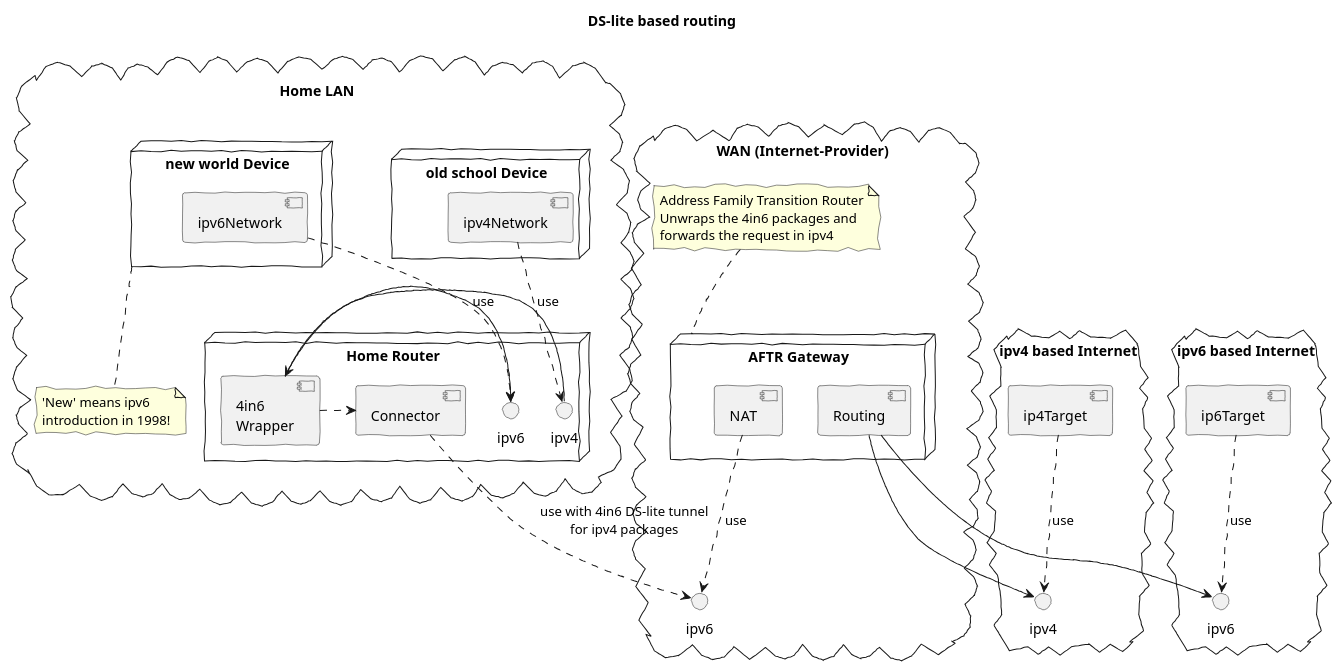
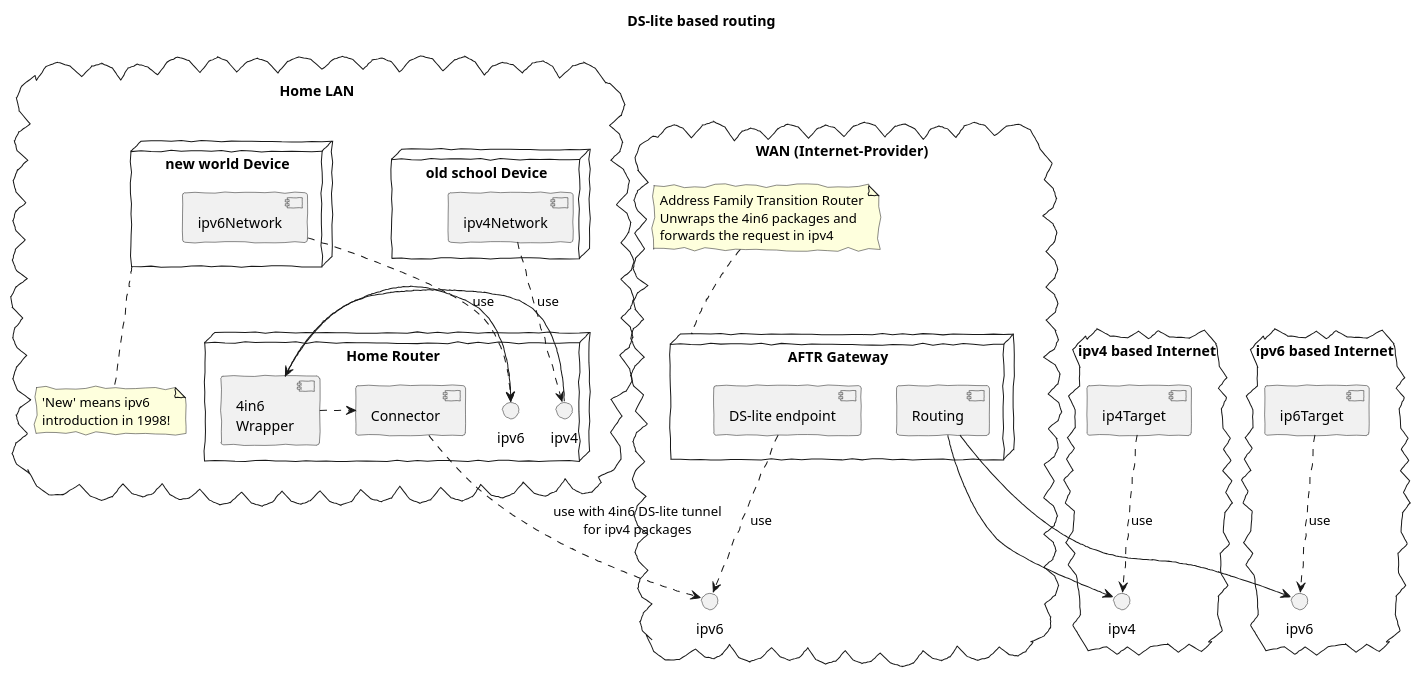
Before and after one commit to StefanSchubert/freePlantUMLDiagrams: the diagram in IPv6/DS-lite.puml, drawn with PlantUML.

Commit message:
renamed NAT, because of overloaded semantic

```diff
--- a/IPv6/DS-lite.puml
+++ b/IPv6/DS-lite.puml
@@ -1,76 +1,76 @@
 @startuml
 
 ' skinparam monochrome true
 skinparam componentStyle uml2
 skinparam handwritten true
 
 title DS-lite based routing
 
 cloud "Home LAN\n" {
 
  node "Home Router" {
 
    interface ipv6
    interface ipv4
 
    [4in6\nWrapper] <- ipv4
    [4in6\nWrapper] -> ipv6
 
    [4in6\nWrapper] .> [Connector]
 
  }
 
  node "old school Device" {
    [ipv4Network] ..> ipv4 : use
  }
 
  node "new world Device" as pcNW {
    [ipv6Network] ..> ipv6 : use
  }
  note bottom of pcNW : 'New' means ipv6\nintroduction in 1998!
 
 }
 
 cloud "WAN (Internet-Provider)\n" {
 
  interface ipv6 as wipv6
 ' interface ipv4 as wipv4
 
  node "AFTR Gateway" as aftr {
 
-   [NAT] ..> wipv6 : use
-'  [NAT] ..> wipv4 : use
+   [DS-lite endpoint] ..> wipv6 : use
+'  [DS-lite endpoint] ..> wipv4 : use
 
    [Routing]
  }
  note top of aftr : Address Family Transition Router\nUnwraps the 4in6 packages and\nforwards the request in ipv4
 
  [Connector] ..> wipv6 : use with 4in6 DS-lite tunnel\nfor ipv4 packages
 
 }
 
 
 
 cloud "ipv4 based Internet\n" {
 
  interface ipv4 as eipv4
 
  [ip4Target] ..> eipv4 : use
 
  [Routing] --> eipv4
 
 }
 
 cloud "ipv6 based Internet\n" {
 
  interface ipv6 as eipv6
 
  [ip6Target] ..> eipv6 : use
 
  [Routing] --> eipv6
 
 }
 
 
 
 @enduml
```
